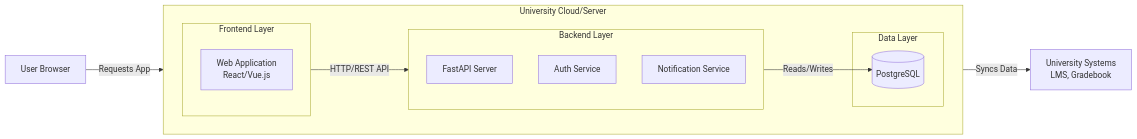
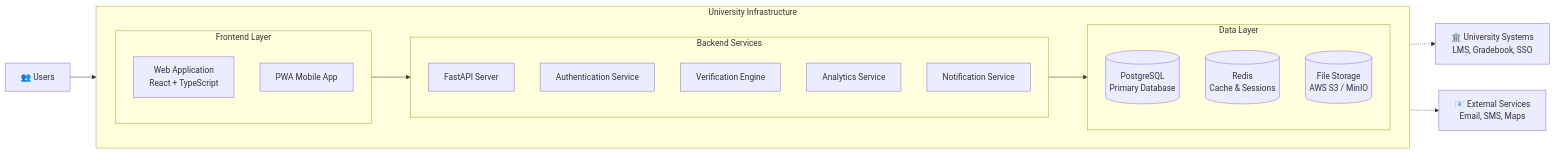
The first of 2 diagrams in app/iptservice.md (mencorium/fastNotesAPI), drawn with Mermaid before and after one commit. The commit also changed other lines of this file, not shown here.

Commit message:
new ipt service

````diff
--- a/app/iptservice.md
+++ b/app/iptservice.md
@@ -42,25 +41,31 @@
 ```mermaid
 flowchart LR
-    subgraph Cloud [University Cloud/Server]
+    subgraph Cloud [University Infrastructure]
         direction LR
         subgraph Frontend [Frontend Layer]
-            WebApp[Web Application<br/>React/Vue.js]
+            WebApp[Web Application<br/>React + TypeScript]
+            Mobile[PWA Mobile App]
         end
 
-        subgraph Backend [Backend Layer]
+        subgraph Backend [Backend Services]
             API[FastAPI Server]
-            Auth[Auth Service]
+            Auth[Authentication Service]
+            Verification[Verification Engine]
+            Analytics[Analytics Service]
             Notification[Notification Service]
         end
 
         subgraph Data [Data Layer]
-            DB[(PostgreSQL)]
+            DB[(PostgreSQL<br/>Primary Database)]
+            Cache[(Redis<br/>Cache & Sessions)]
+            Files[(File Storage<br/>AWS S3 / MinIO)]
         end
 
-        Frontend -- HTTP/REST API --> Backend
-        Backend -- Reads/Writes --> DB
+        Frontend --> Backend
+        Backend --> Data
     end
 
-    User[User Browser] -- Requests App --> Frontend
-    Backend -- Syncs Data --> UniversitySys[University Systems<br/>LMS, Gradebook]
+    Users[👥 Users] --> Frontend
+    Backend -.-> UniversitySys[🏛️ University Systems<br/>LMS, Gradebook, SSO]
+    Backend -.-> External[📧 External Services<br/>Email, SMS, Maps]
 ```
````
